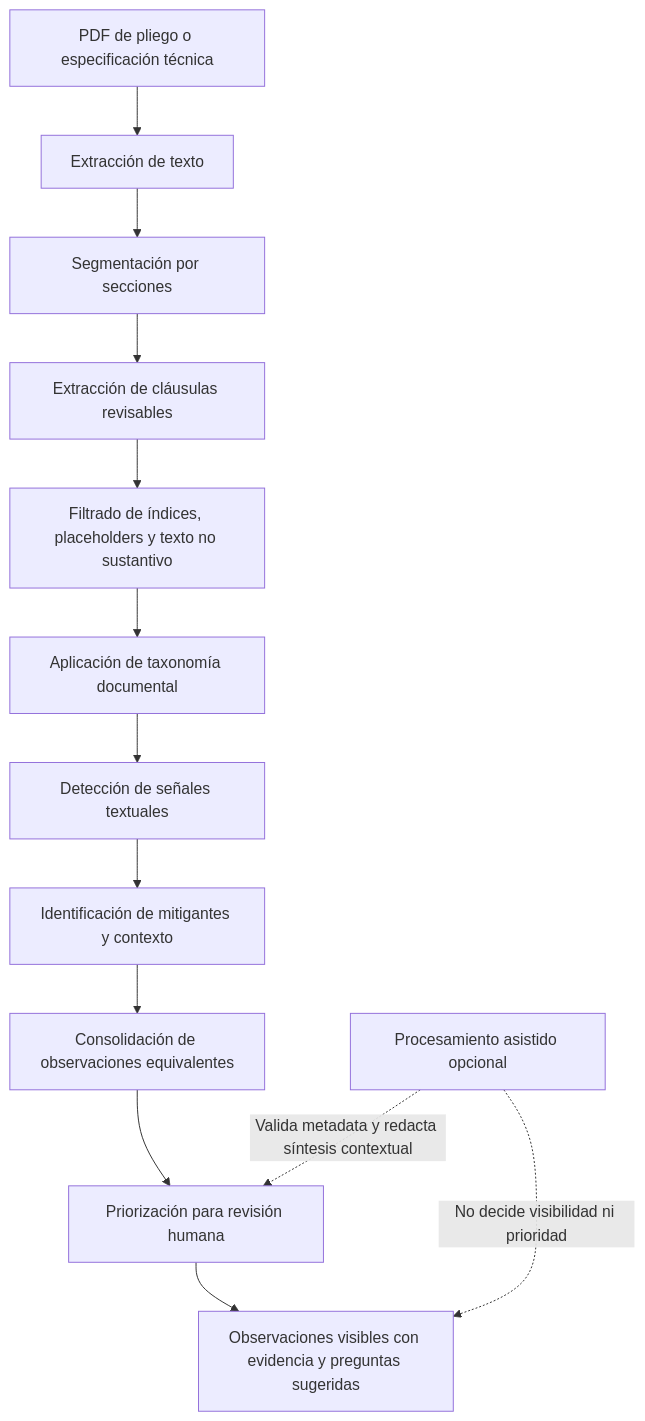
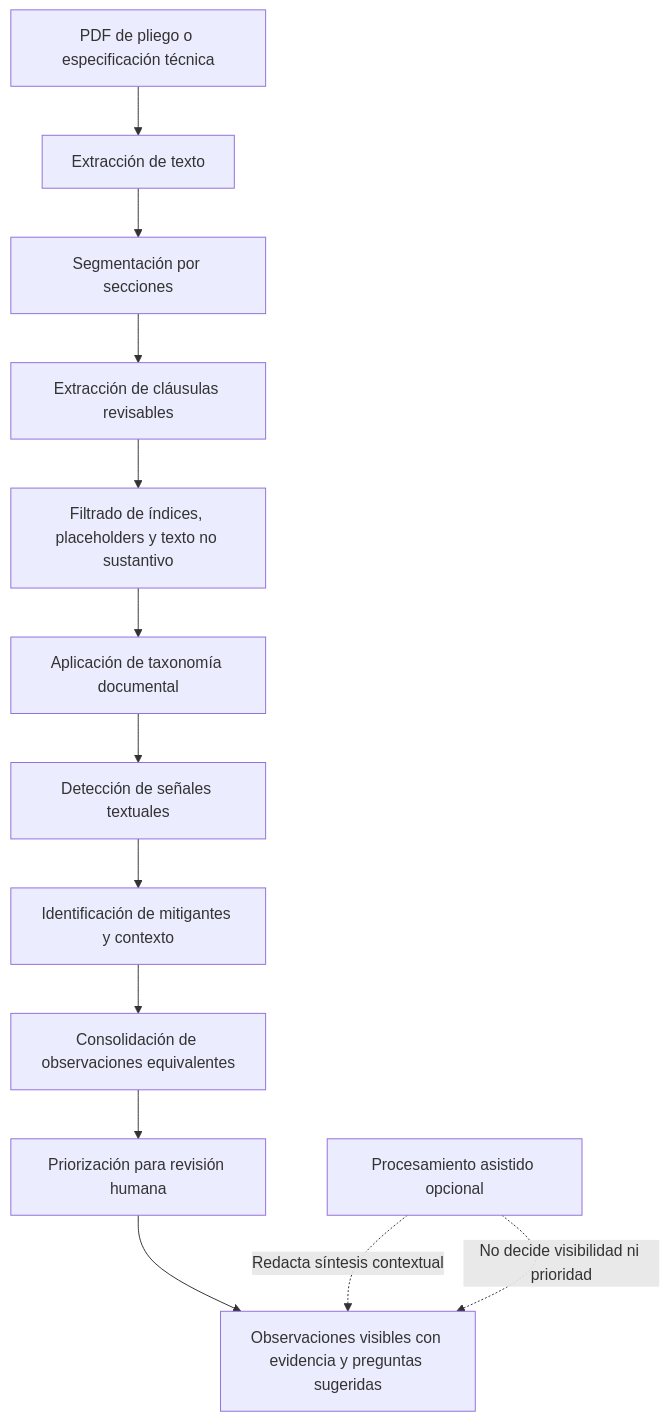
One commit to sebadhy/IntegrityTool changed the diagram in README.md. Above: the diagram before and after it, drawn with Mermaid. The commit also changed other lines of this file and 54 other files, not shown here.

````diff
--- a/README.md
+++ b/README.md
@@ -34,16 +34,16 @@
 ```mermaid
 flowchart TD
     A["PDF de pliego o especificación técnica"] --> B["Extracción de texto"]
     B --> C["Segmentación por secciones"]
     C --> D["Extracción de cláusulas revisables"]
     D --> E["Filtrado de índices, placeholders y texto no sustantivo"]
     E --> F["Aplicación de taxonomía documental"]
     F --> G["Detección de señales textuales"]
     G --> H["Identificación de mitigantes y contexto"]
     H --> I["Consolidación de observaciones equivalentes"]
     I --> J["Priorización para revisión humana"]
     J --> K["Observaciones visibles con evidencia y preguntas sugeridas"]
 
-    L["Procesamiento asistido opcional"] -. "Valida metadata y redacta síntesis contextual" .-> J
+    L["Procesamiento asistido opcional"] -. "Redacta síntesis contextual" .-> K
     L -. "No decide visibilidad ni prioridad" .-> K
 ```
````
